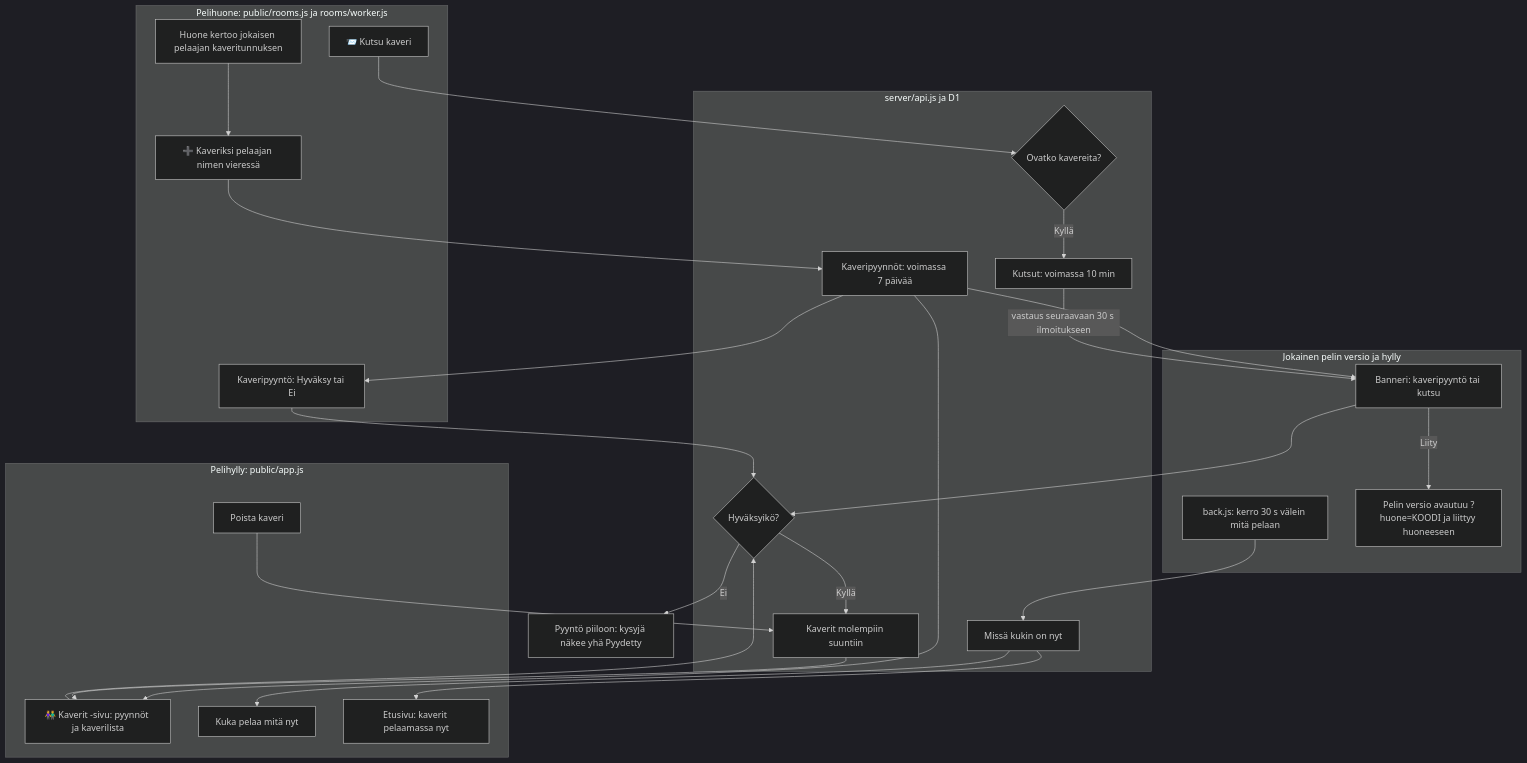
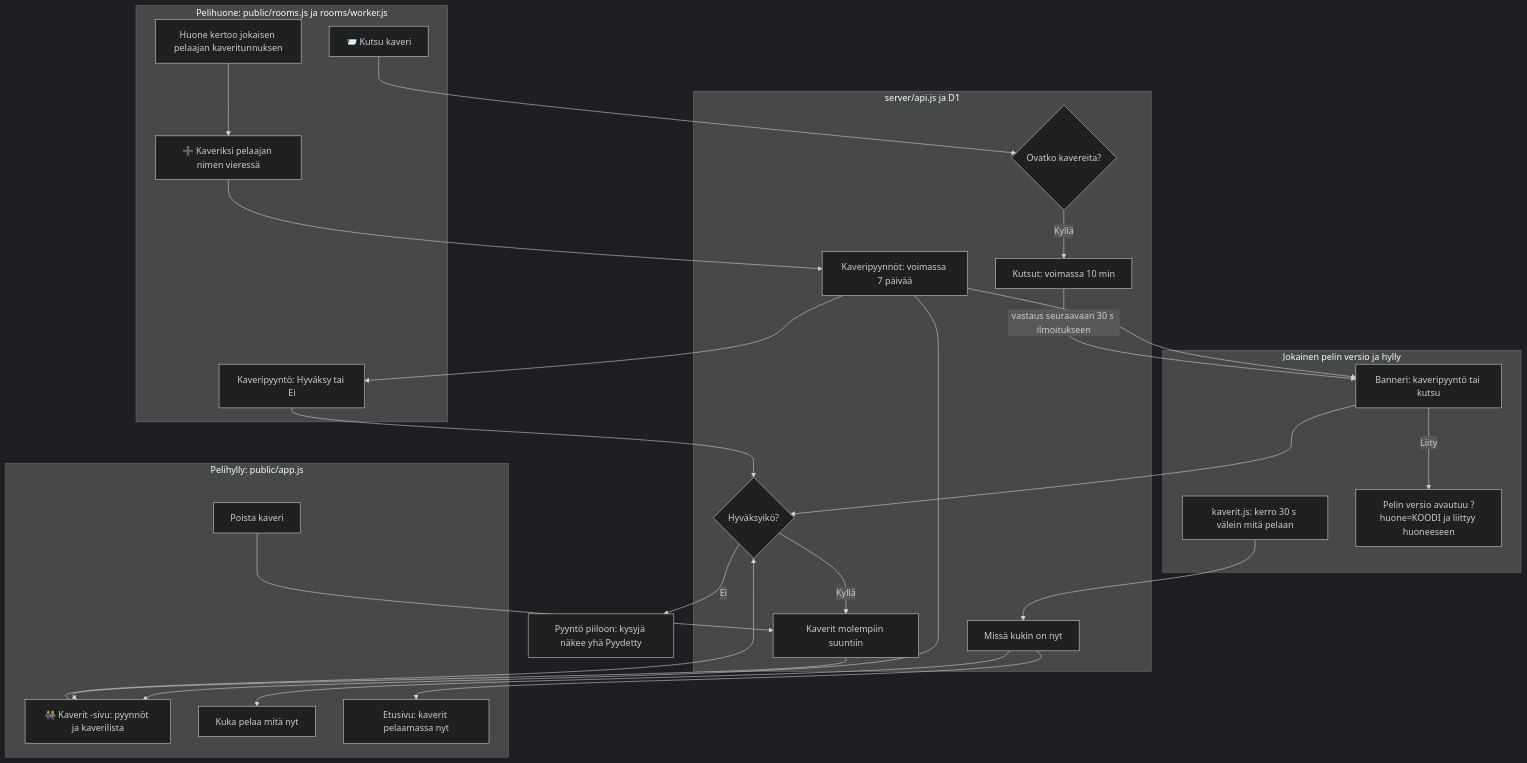
Before and after one commit to eerovil/ai-pelit: the diagram in docs/diagrams/kaverit.md, drawn with Mermaid (dark theme). The commit also changed other lines of this file and 3 other files, not shown here.

````diff
--- a/docs/diagrams/kaverit.md
+++ b/docs/diagrams/kaverit.md
@@ -9,52 +9,52 @@
 ```mermaid
 flowchart TD
   subgraph Huone[Pelihuone: public/rooms.js ja rooms/worker.js]
     R0[Huone kertoo jokaisen pelaajan kaveritunnuksen]
     R1[➕ Kaveriksi pelaajan nimen vieressä]
     R3[Kaveripyyntö: Hyväksy tai Ei]
     R4[📨 Kutsu kaveri]
   end
   subgraph Peli[Jokainen pelin versio ja hylly]
-    B1[back.js: kerro 30 s välein mitä pelaan]
+    B1[kaverit.js: kerro 30 s välein mitä pelaan]
     B2[Banneri: kaveripyyntö tai kutsu]
     R2[Pelin versio avautuu ?huone=KOODI ja liittyy huoneeseen]
   end
   subgraph Hylly[Pelihylly: public/app.js]
     H1[👫 Kaverit -sivu: pyynnöt ja kaverilista]
     H6[Kuka pelaa mitä nyt]
     H7[Etusivu: kaverit pelaamassa nyt]
     H8[Poista kaveri]
   end
   subgraph Palvelin[server/api.js ja D1]
     S1[Kaveripyynnöt: voimassa 7 päivää]
     S2{Hyväksyikö?}
     S3[Kaverit molempiin suuntiin]
     S4[Missä kukin on nyt]
     S5{Ovatko kavereita?}
     S6[Kutsut: voimassa 10 min]
   end
   R0 --> R1
   R1 --> S1
   S1 --> R3
   S1 --> B2
   S1 --> H1
   R3 --> S2
   H1 --> S2
   B2 --> S2
   S2 -- Kyllä --> S3
   S2 -- Ei --> S9[Pyyntö piiloon: kysyjä näkee yhä Pyydetty]
   H8 --> S3
   B1 --> S4
   S3 --> H1
   S4 --> H6
   S4 --> H7
   R4 --> S5
   S5 -- Kyllä --> S6
   S6 -- vastaus seuraavaan 30 s ilmoitukseen --> B2
   B2 -- Liity --> R2
 
   class R1,R3,H8,S2 amber
   class B1,S4,H6,H7 teal
   class R4,S5,S6,B2,R2 violet
   class R0,S1,S3,H1,S9 blue
 ```
````
